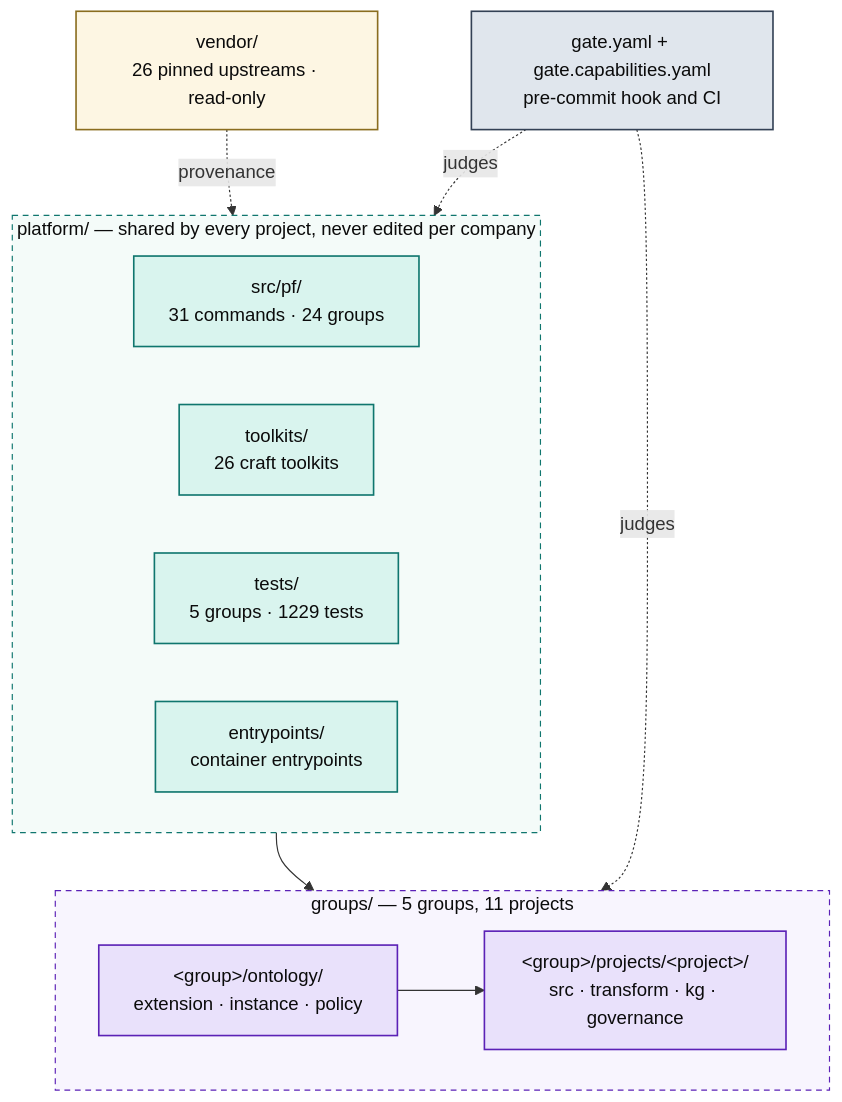
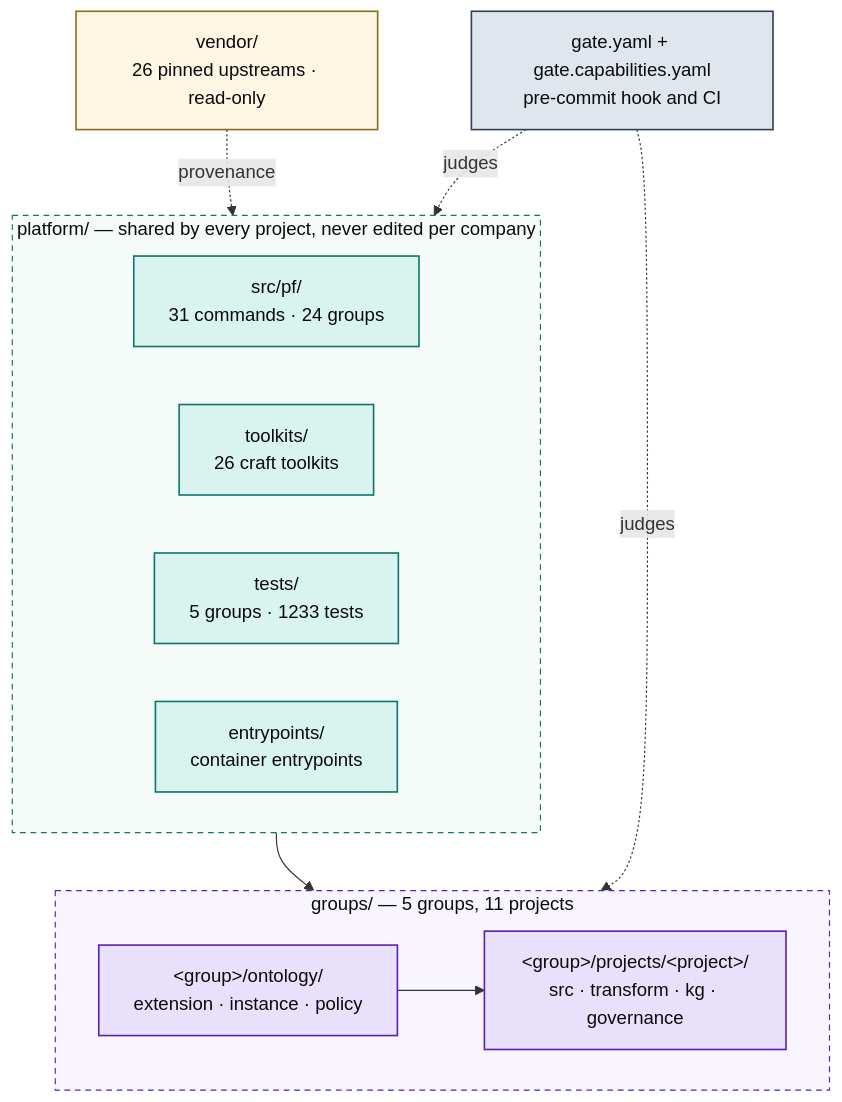
The first of 5 diagrams in docs/ARCHITECTURE.md (Atomz-org/data-platform), drawn with Mermaid before and after one commit. The commit also changed other lines of this file and 2 other files, not shown here.

Commit message:
docs(context): index test_bot_findings.py
Generated by `pf context refresh`.

````diff
--- a/docs/ARCHITECTURE.md
+++ b/docs/ARCHITECTURE.md
@@ -15,36 +15,36 @@
 ```mermaid
 flowchart TB
   subgraph SHARED["platform/ — shared by every project, never edited per company"]
     direction LR
     ENG["src/pf/<br/>31 commands · 24 groups"]
     TK["toolkits/<br/>26 craft toolkits"]
-    TST["tests/<br/>5 groups · 1229 tests"]
+    TST["tests/<br/>5 groups · 1233 tests"]
     ENT["entrypoints/<br/>container entrypoints"]
   end
 
   subgraph ENTITIES["groups/ — 5 groups, 11 projects"]
     direction LR
     GRP["&lt;group&gt;/ontology/<br/>extension · instance · policy"]
     PRJ["&lt;group&gt;/projects/&lt;project&gt;/<br/>src · transform · kg · governance"]
     GRP --> PRJ
   end
 
   VEN["vendor/<br/>26 pinned upstreams · read-only"]
   GATE["gate.yaml + gate.capabilities.yaml<br/>pre-commit hook and CI"]
 
   SHARED --> ENTITIES
   VEN -.provenance.-> SHARED
   GATE -.judges.-> ENTITIES
   GATE -.judges.-> SHARED
 
   classDef code fill:#d9f4ee,stroke:#0f766e,stroke-width:1.4px,color:#0b0b0b
   classDef data fill:#e9e1fb,stroke:#5b21b6,stroke-width:1.4px,color:#0b0b0b
   classDef gov fill:#e0e6ed,stroke:#334155,stroke-width:1.4px,color:#0b0b0b
   classDef ext fill:#fdf6e3,stroke:#8a6d1f,stroke-width:1.4px,color:#0b0b0b
   class ENG,TK,TST,ENT code
   class GRP,PRJ data
   class GATE gov
   class VEN ext
   style SHARED fill:#f4fbf9,stroke:#0f766e,stroke-dasharray:5 4,color:#0b0b0b
   style ENTITIES fill:#f8f5fe,stroke:#5b21b6,stroke-dasharray:5 4,color:#0b0b0b
 ```
````
